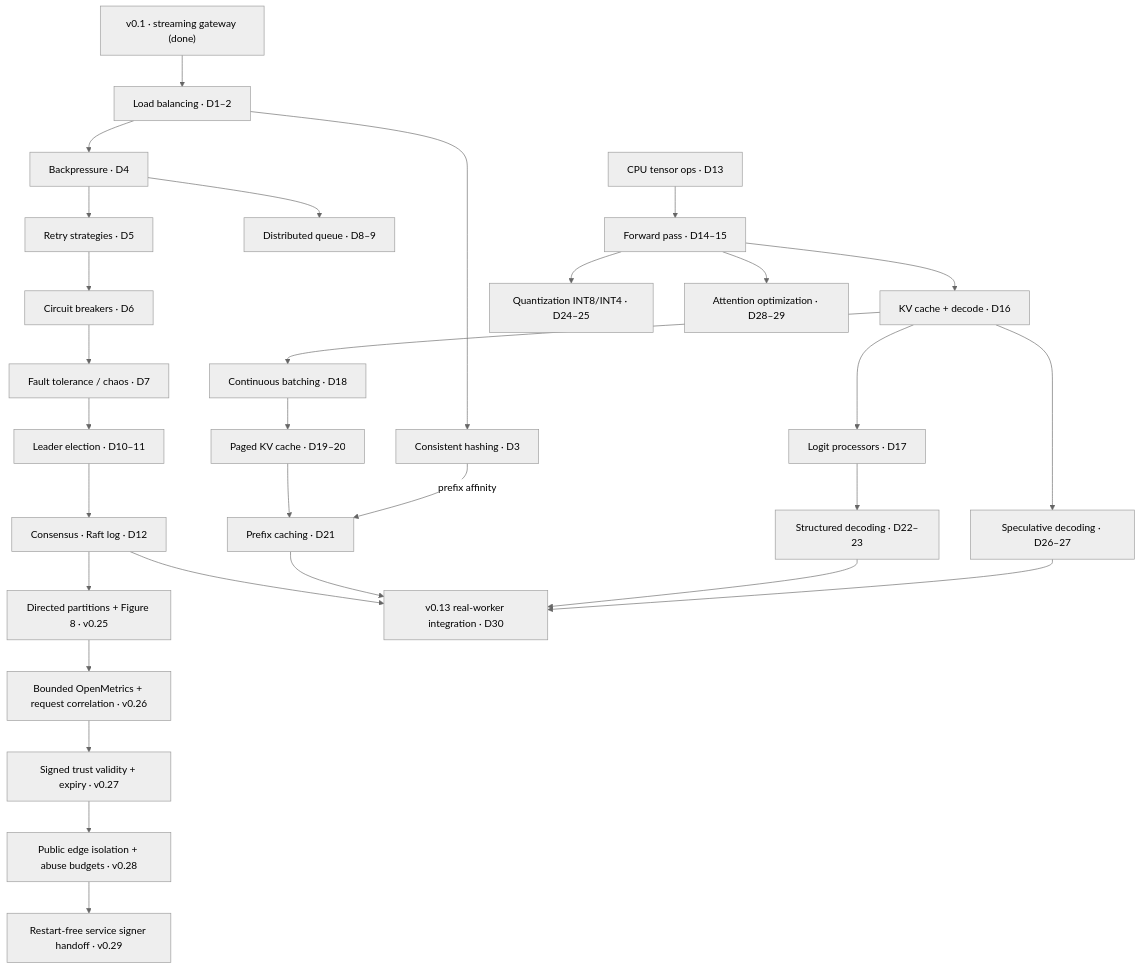
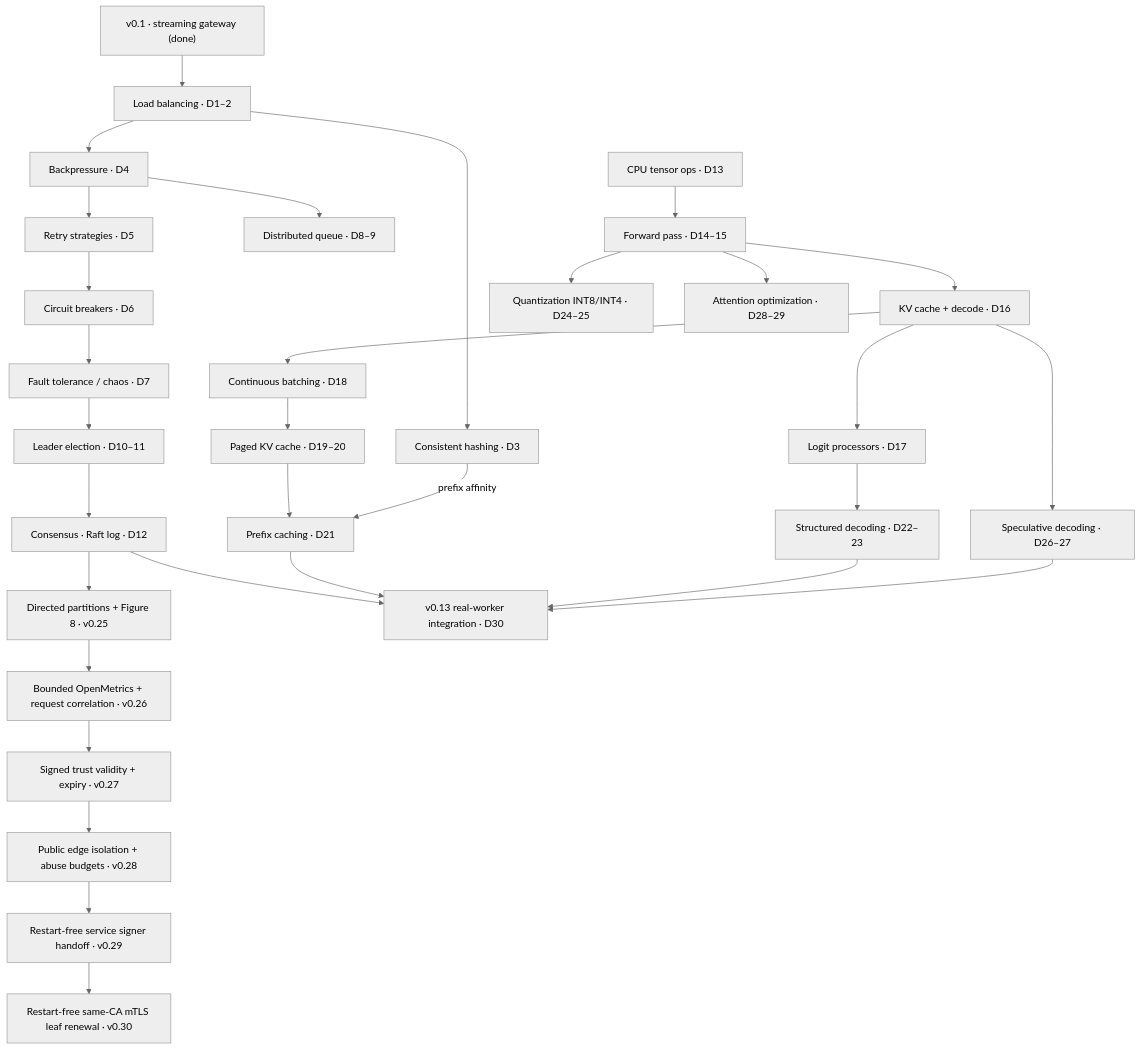
Before and after one commit to conan505/inferLab: the first of 5 diagrams in docs/plan-30-days.md, drawn with Mermaid (neutral theme). The commit also changed other lines of this file and 44 other files, not shown here.

````diff
--- a/docs/plan-30-days.md
+++ b/docs/plan-30-days.md
@@ -11,33 +11,34 @@
 ```mermaid
 flowchart TD
     S["v0.1 · streaming gateway (done)"] --> LB["Load balancing · D1–2"]
     LB --> CH["Consistent hashing · D3"]
     LB --> BP["Backpressure · D4"]
     BP --> RT["Retry strategies · D5"]
     RT --> CB["Circuit breakers · D6"]
     CB --> FT["Fault tolerance / chaos · D7"]
     BP --> DQ["Distributed queue · D8–9"]
     FT --> LE["Leader election · D10–11"]
     LE --> CS["Consensus · Raft log · D12"]
     CS --> PART["Directed partitions + Figure 8 · v0.25"]
     PART --> OBS["Bounded OpenMetrics + request correlation · v0.26"]
     OBS --> EXP["Signed trust validity + expiry · v0.27"]
     EXP --> EDGE["Public edge isolation + abuse budgets · v0.28"]
     EDGE --> HANDOFF["Restart-free service signer handoff · v0.29"]
+    HANDOFF --> TLSRENEW["Restart-free same-CA mTLS leaf renewal · v0.30"]
 
     S2["CPU tensor ops · D13"] --> FP["Forward pass · D14–15"]
     FP --> KV["KV cache + decode · D16"]
     KV --> LP["Logit processors · D17"]
     KV --> CBATCH["Continuous batching · D18"]
     CBATCH --> PKV["Paged KV cache · D19–20"]
     PKV --> PC["Prefix caching · D21"]
     CH -->|prefix affinity| PC
     LP --> SD["Structured decoding · D22–23"]
     FP --> QZ["Quantization INT8/INT4 · D24–25"]
     KV --> SPEC["Speculative decoding · D26–27"]
     FP --> ATT["Attention optimization · D28–29"]
     CS --> INT["v0.13 real-worker integration · D30"]
     PC --> INT
     SD --> INT
     SPEC --> INT
 ```
````
